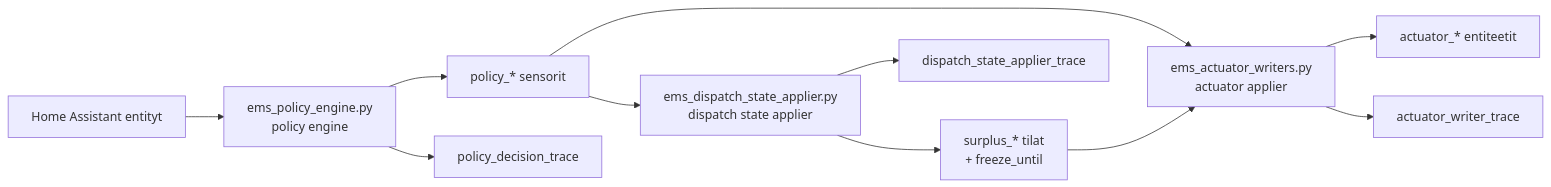
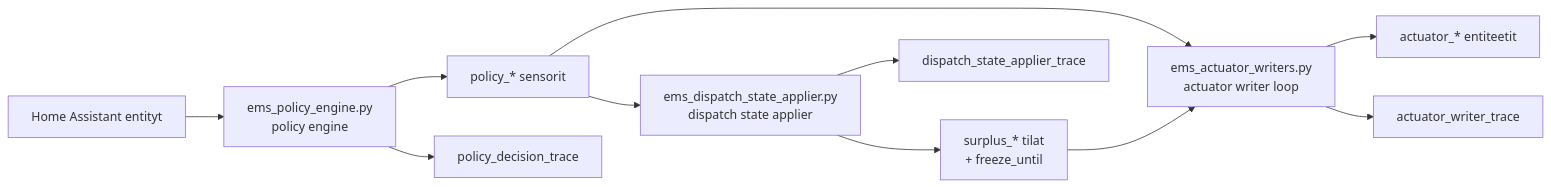
Before and after one commit to dbwarrior1975/ha_EMS: the first of 2 diagrams in arkkitehtuuri.md, drawn with Mermaid. The commit also changed other lines of this file and 50 other files, not shown here.

````diff
--- a/arkkitehtuuri.md
+++ b/arkkitehtuuri.md
@@ -19,13 +19,13 @@
 ```mermaid
 flowchart LR
     HA[Home Assistant entityt] --> P[ems_policy_engine.py\npolicy engine]
     P --> POL[policy_* sensorit]
     POL --> L[ems_dispatch_state_applier.py\ndispatch state applier]
     L --> SUR[surplus_* tilat\n+ freeze_until]
-    POL --> W[ems_actuator_writers.py\nactuator applier]
+    POL --> W[ems_actuator_writers.py\nactuator writer loop]
     SUR --> W
     W --> ACT[actuator_* entiteetit]
     P --> TRACE[policy_decision_trace]
     L --> LTRACE[dispatch_state_applier_trace]
     W --> WTRACE[actuator_writer_trace]
 ```
````
